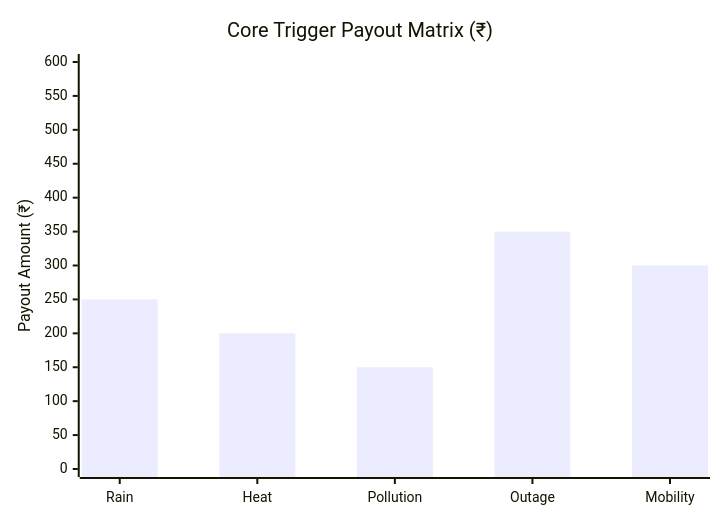
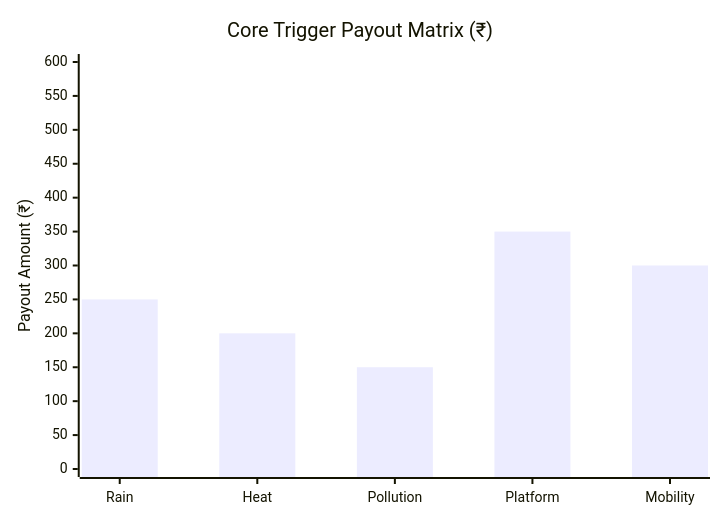
Before and after one commit to ed6095-web/Guidewire-DEVTrails-2026: the fourth of 4 diagrams in README.md, drawn with Mermaid. The commit also changed other lines of this file, not shown here.

First line of the commit message:
Revise platform disruption terms in README

````diff
--- a/README.md
+++ b/README.md
@@ -206,7 +208,7 @@
 ```mermaid
 xychart-beta
     title "Core Trigger Payout Matrix (₹)"
-    x-axis ["Rain","Heat","Pollution","Outage","Mobility"]
+    x-axis ["Rain","Heat","Pollution","Platform","Mobility"]
     y-axis "Payout Amount (₹)" 0 --> 600
     bar [250,200,150,350,300]
 ```
````
